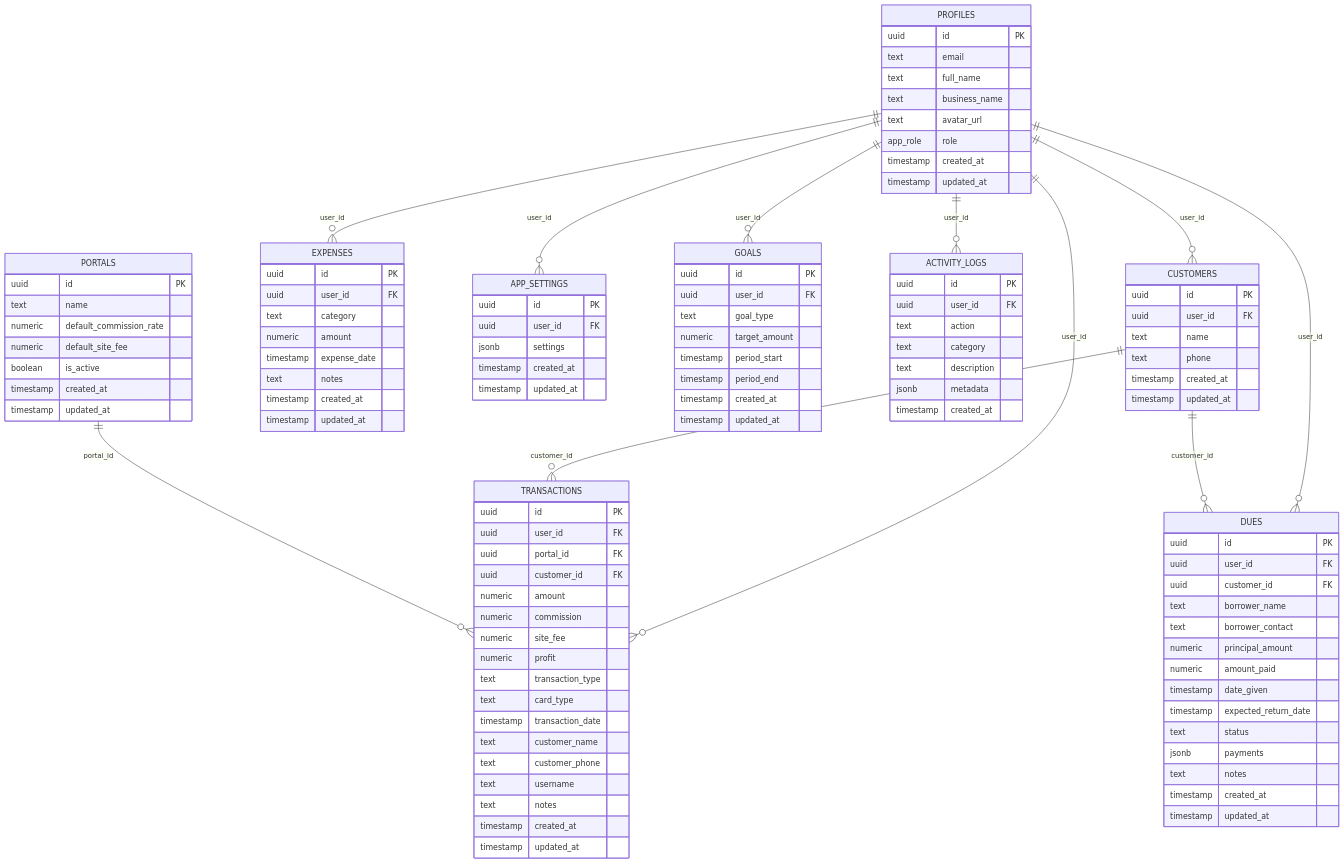
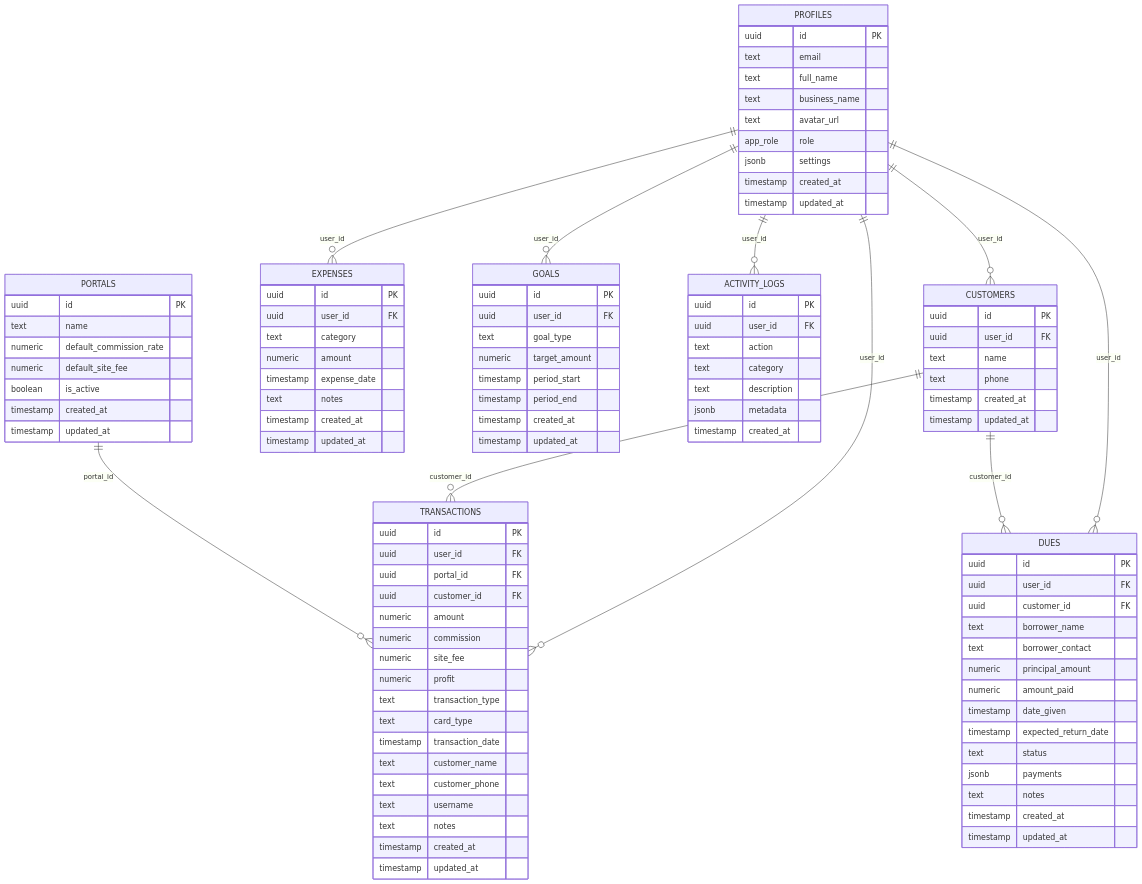
Before and after one commit to srimanthadep/Payment-Track: the diagram in docs/DATABASE_SCHEMA.md, drawn with Mermaid. The commit also changed other lines of this file and 7 other files, not shown here.

Commit message:
feat(settings,auth): merge app_settings into profiles, sync theme across devices, anonymize auth placeholders

````diff
--- a/docs/DATABASE_SCHEMA.md
+++ b/docs/DATABASE_SCHEMA.md
@@ -11,7 +11,6 @@
     PROFILES ||--o{ CUSTOMERS : "user_id"
     PROFILES ||--o{ TRANSACTIONS : "user_id"
     PROFILES ||--o{ EXPENSES : "user_id"
-    PROFILES ||--o{ APP_SETTINGS : "user_id"
     PROFILES ||--o{ DUES : "user_id"
     PROFILES ||--o{ GOALS : "user_id"
     PROFILES ||--o{ ACTIVITY_LOGS : "user_id"
@@ -27,6 +26,7 @@
         text business_name
         text avatar_url
         app_role role
+        jsonb settings
         timestamp created_at
         timestamp updated_at
     }
@@ -118,12 +118,4 @@
         timestamp created_at
         timestamp updated_at
     }
-
-    APP_SETTINGS {
-        uuid id PK
-        uuid user_id FK
-        jsonb settings
-        timestamp created_at
-        timestamp updated_at
-    }
 ```
````
